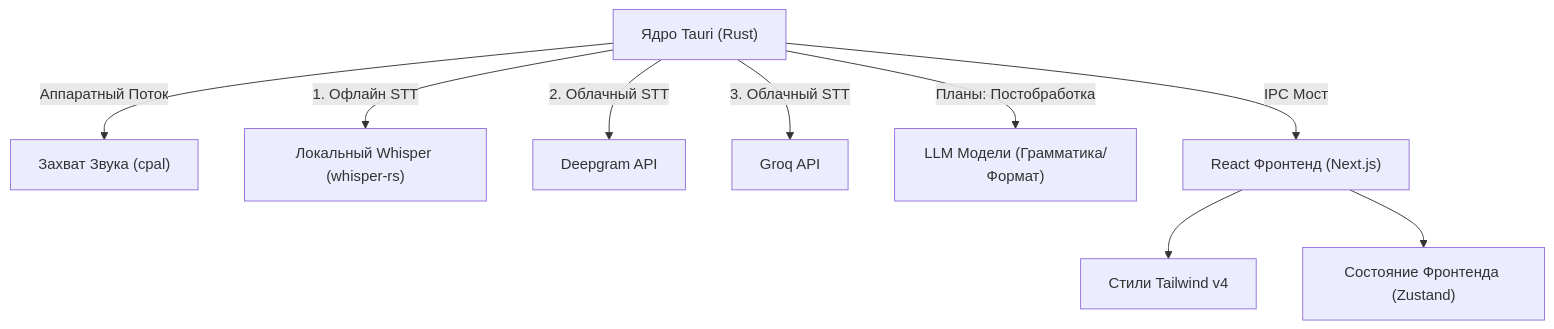
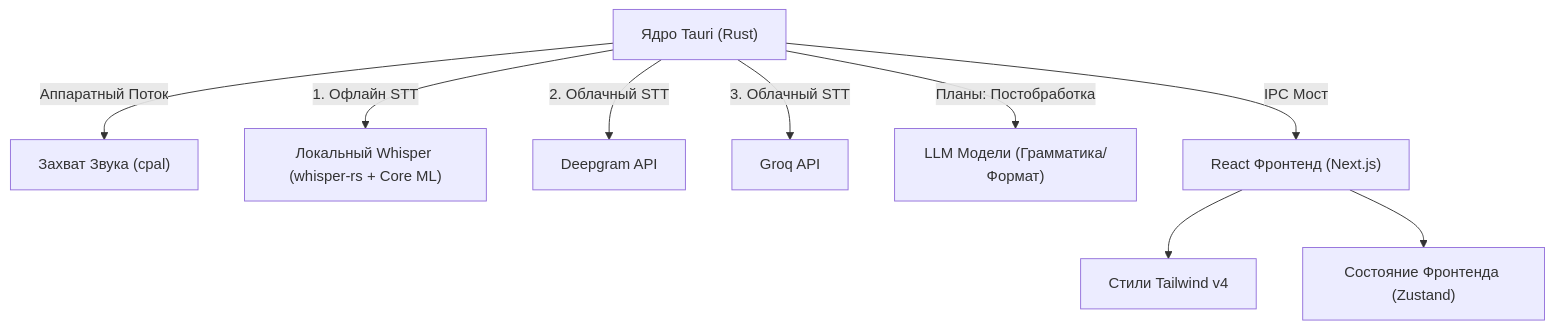
One commit to AVP-Dev/nyx-vox changed the diagram in docs/TECHNICAL.ru.md. Above: the diagram before and after it, drawn with Mermaid. The commit also changed other lines of this file and 41 other files, not shown here.

````diff
--- a/docs/TECHNICAL.ru.md
+++ b/docs/TECHNICAL.ru.md
@@ -24,11 +24,11 @@
 ```mermaid
 graph TD
     A["Ядро Tauri (Rust)"] -->|Аппаратный Поток| C["Захват Звука (cpal)"]
-    A -->|1. Офлайн STT| B["Локальный Whisper (whisper-rs)"]
+    A -->|1. Офлайн STT| B["Локальный Whisper (whisper-rs + Core ML)"]
     A -->|2. Облачный STT| G["Deepgram API"]
     A -->|3. Облачный STT| H["Groq API"]
     A -->|Планы: Постобработка| I["LLM Модели (Грамматика/Формат)"]
     A -->|IPC Мост| D["React Фронтенд (Next.js)"]
     D --> E["Стили Tailwind v4"]
     D --> F["Состояние Фронтенда (Zustand)"]
 ```
````
